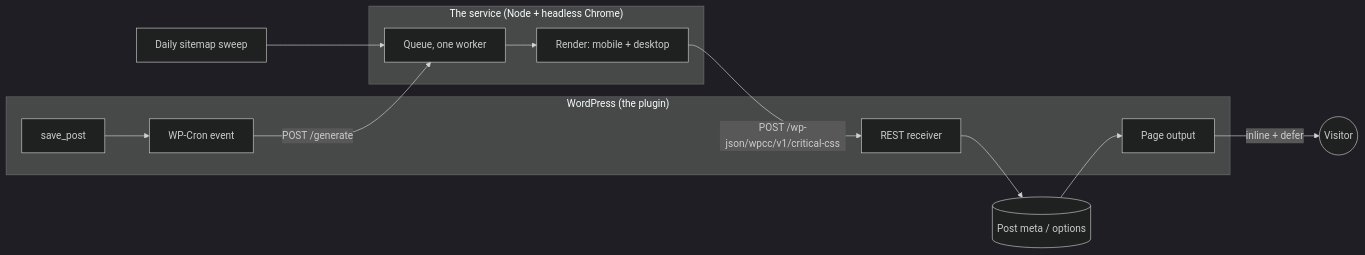
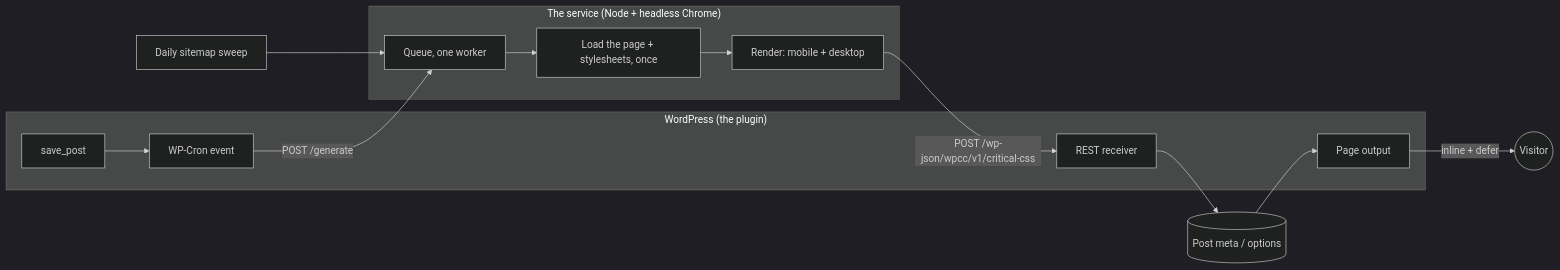
The diagram in docs/wiki/How-It-Works.md (solarssk/wp-critical-css), drawn with Mermaid (dark theme) before and after one commit. The commit also changed other lines of this file and 1443 other files, not shown here.

````diff
--- a/docs/wiki/How-It-Works.md
+++ b/docs/wiki/How-It-Works.md
@@ -5,23 +5,24 @@
 ```mermaid
 flowchart LR
     subgraph wp["WordPress (the plugin)"]
         SP["save_post"] --> TR["WP-Cron event"]
         RC["REST receiver"]
         IJ["Page output"]
     end
 
     subgraph gen["The service (Node + headless Chrome)"]
         QUEUE["Queue, one worker"]
+        LOAD["Load the page + stylesheets, once"]
         RENDER["Render: mobile + desktop"]
     end
 
     SWEEP["Daily sitemap sweep"]
 
     TR -- "POST /generate" --> QUEUE
     SWEEP --> QUEUE
-    QUEUE --> RENDER
+    QUEUE --> LOAD --> RENDER
     RENDER -- "POST /wp-json/wpcc/v1/critical-css" --> RC
     RC --> STORE[("Post meta / options")]
     STORE --> IJ
     IJ -- "inline + defer" --> Visitor(("Visitor"))
 ```
````
